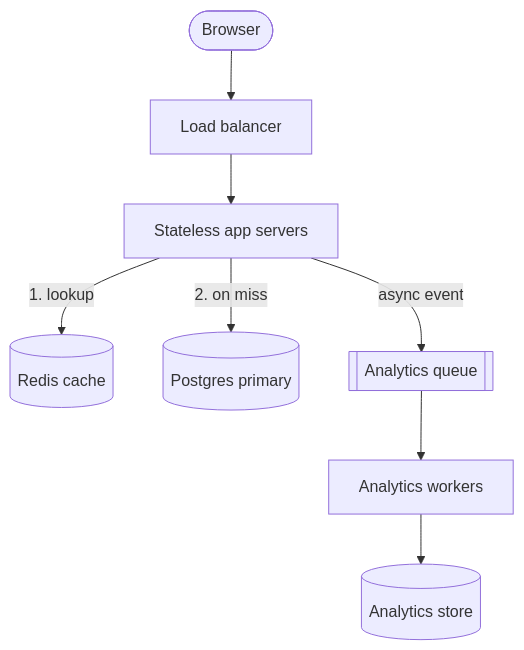
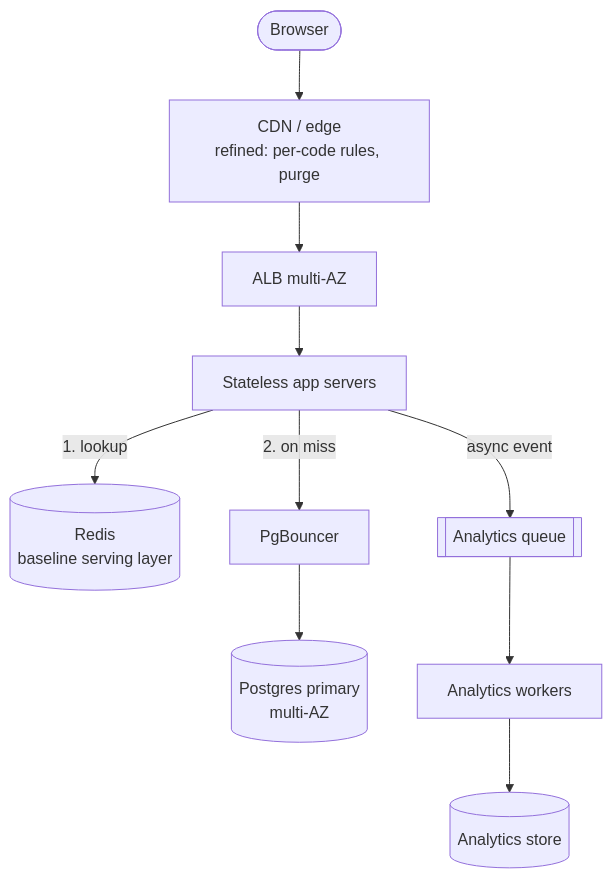
Before and after one commit to jdelpino-dev/reverb_code_extension_jmd: the fourth of 8 diagrams in systems-design-interview/01-01-tinyurl-walkthrough.md, drawn with Mermaid. The commit also changed other lines of this file, not shown here.

````diff
--- a/systems-design-interview/01-01-tinyurl-walkthrough.md
+++ b/systems-design-interview/01-01-tinyurl-walkthrough.md
@@ -508,10 +801,12 @@
 ```mermaid
 flowchart TD
-  Client([Browser]) --> LB[Load balancer]
+  Client([Browser]) --> CDN[CDN / edge<br/>refined: per-code rules, purge]
+  CDN --> LB[ALB multi-AZ]
   LB --> App[Stateless app servers]
-  App -->|1. lookup| Redis[(Redis cache)]
-  App -->|2. on miss| PG[(Postgres primary)]
+  App -->|1. lookup| Redis[(Redis<br/>baseline serving layer)]
+  App -->|2. on miss| Pool[PgBouncer]
+  Pool --> PG[(Postgres primary<br/>multi-AZ)]
   App -->|async event| Queue[[Analytics queue]]
   Queue --> Workers[Analytics workers]
   Workers --> AStore[(Analytics store)]
 ```
````
